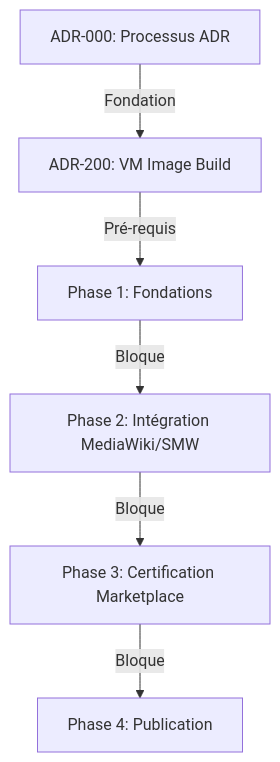
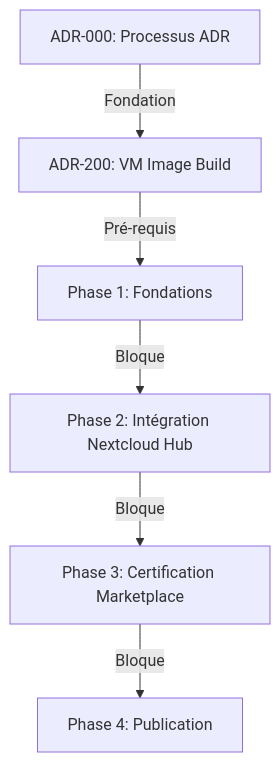
Before and after one commit to michel-heon/nextcloud-marketplace: the diagram in docs/adr/adr-template-ai-optimized.md, drawn with Mermaid. The commit also changed other lines of this file and 18 other files, not shown here.

First line of the commit message:
docs(adr): adaptation complète ADRs Phase 5 — migration SMW → Nextcloud Hub

````diff
--- a/docs/adr/adr-template-ai-optimized.md
+++ b/docs/adr/adr-template-ai-optimized.md
@@ -251,8 +251,8 @@
 ```mermaid
 graph TD
     A[ADR-000: Processus ADR] -->|Fondation| B[ADR-200: VM Image Build]
     B -->|Pré-requis| C[Phase 1: Fondations]
-    C -->|Bloque| D[Phase 2: Intégration MediaWiki/SMW]
+    C -->|Bloque| D[Phase 2: Intégration Nextcloud Hub]
     D -->|Bloque| E[Phase 3: Certification Marketplace]
     E -->|Bloque| F[Phase 4: Publication]
 ```
````
